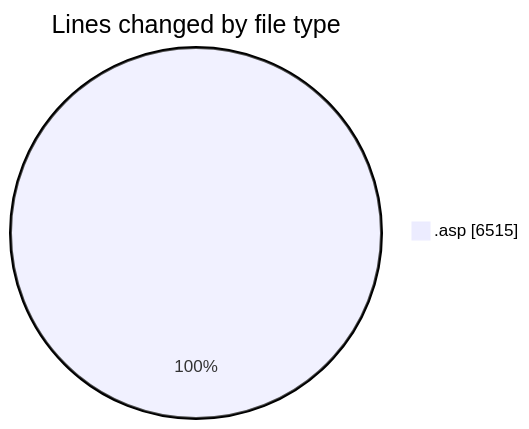
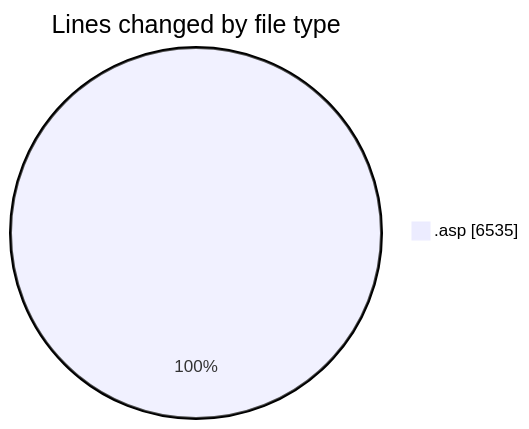
Before and after one commit to julien-gomy/code-tracking: the first of 2 diagrams in 2025-11-15/cdp_aleoudev_fr__workspace_/README.md, drawn with Mermaid. The commit also changed other lines of this file and 1 other file, not shown here.

````diff
--- a/2025-11-15/cdp_aleoudev_fr__workspace_/README.md
+++ b/2025-11-15/cdp_aleoudev_fr__workspace_/README.md
@@ -29,5 +29,5 @@
 ```mermaid
 pie showData
 title Lines changed by file type
-".asp" : 6515
+".asp" : 6535
 ```
````
